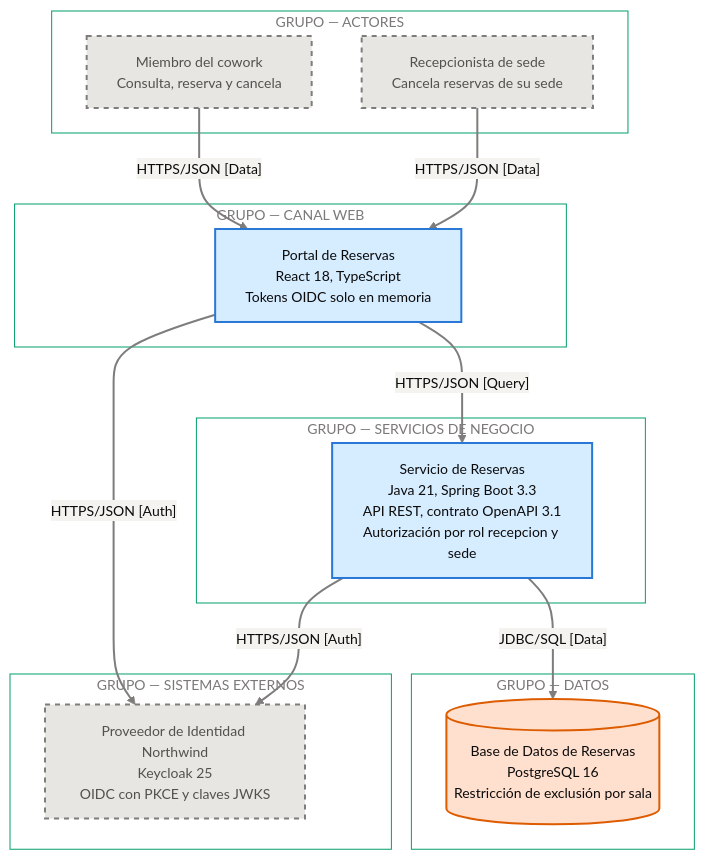
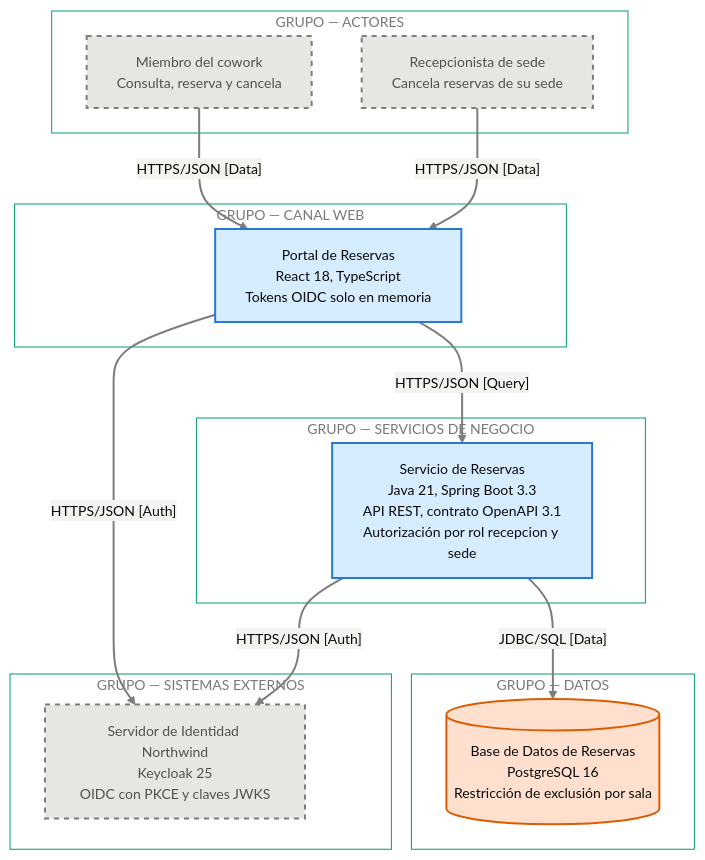
Before and after one commit to shadowX4fox/northwind-reservas: the fourth of 4 diagrams in docs/03-architecture-layers.md, drawn with Mermaid. The commit also changed other lines of this file and 31 other files, not shown here.

First line of the commit message:
I-01 e I-03 apuntan al Servidor de Identidad Northwind — un solo nombre para la identidad (#134)

````diff
--- a/docs/03-architecture-layers.md
+++ b/docs/03-architecture-layers.md
@@ -257,58 +257,58 @@
 ```mermaid
 %%{
   init: {
     'theme': 'base',
     'themeVariables': {
       'primaryColor': '#d6ecff',
       'primaryBorderColor': '#2a78d6',
       'primaryTextColor': '#0b0b0b',
       'lineColor': '#7e7d7b',
       'edgeLabelBackground': '#f4f3f0',
       'clusterBkg': 'transparent',
       'clusterBorder': '#019f68',
       'titleColor': '#7a7977',
       'tertiaryTextColor': '#7a7977',
       'fontSize': '14px'
     }
   }
 }%%
 %% Diagram ID: [NOT DOCUMENTED — assigned by the diagram register]
 flowchart TB
   subgraph G0["GRUPO — ACTORES"]
     MIEMBRO["Miembro del cowork<br/>Consulta, reserva y cancela"]
     RECEP["Recepcionista de sede<br/>Cancela reservas de su sede"]
   end
 
   subgraph G1["GRUPO — CANAL WEB"]
     PORTAL["Portal de Reservas<br/>React 18, TypeScript<br/>Tokens OIDC solo en memoria"]
   end
 
   subgraph G2["GRUPO — SERVICIOS DE NEGOCIO"]
     SERVICIO["Servicio de Reservas<br/>Java 21, Spring Boot 3.3<br/>API REST, contrato OpenAPI 3.1<br/>Autorización por rol recepcion y sede"]
   end
 
   subgraph G3["GRUPO — DATOS"]
     BD[(Base de Datos de Reservas<br/>PostgreSQL 16<br/>Restricción de exclusión por sala)]
   end
 
   subgraph G4["GRUPO — SISTEMAS EXTERNOS"]
-    IDP["Proveedor de Identidad Northwind<br/>Keycloak 25<br/>OIDC con PKCE y claves JWKS"]
+    IDP["Servidor de Identidad Northwind<br/>Keycloak 25<br/>OIDC con PKCE y claves JWKS"]
   end
 
   MIEMBRO -->|"HTTPS/JSON [Data]"| PORTAL
   RECEP -->|"HTTPS/JSON [Data]"| PORTAL
   PORTAL -->|"HTTPS/JSON [Auth]"| IDP
   PORTAL -->|"HTTPS/JSON [Query]"| SERVICIO
   SERVICIO -->|"HTTPS/JSON [Auth]"| IDP
   SERVICIO -->|"JDBC/SQL [Data]"| BD
 
   classDef zone  fill:none,stroke:#019f68,stroke-width:1px,color:#7a7977;
   classDef unit  fill:#d6ecff,stroke:#2a78d6,stroke-width:2px,color:#0b0b0b;
   classDef store fill:#ffe0cf,stroke:#dd5c00,stroke-width:2px,color:#0b0b0b;
   classDef ext   fill:#e7e6e3,stroke:#7e7d7b,stroke-width:2px,stroke-dasharray:5 5,color:#52514e;
   class G0,G1,G2,G3,G4 zone;
   class PORTAL,SERVICIO unit;
   class BD store;
   class MIEMBRO,RECEP,IDP ext;
   linkStyle default stroke:#7e7d7b,stroke-width:2px;
 ```
````
